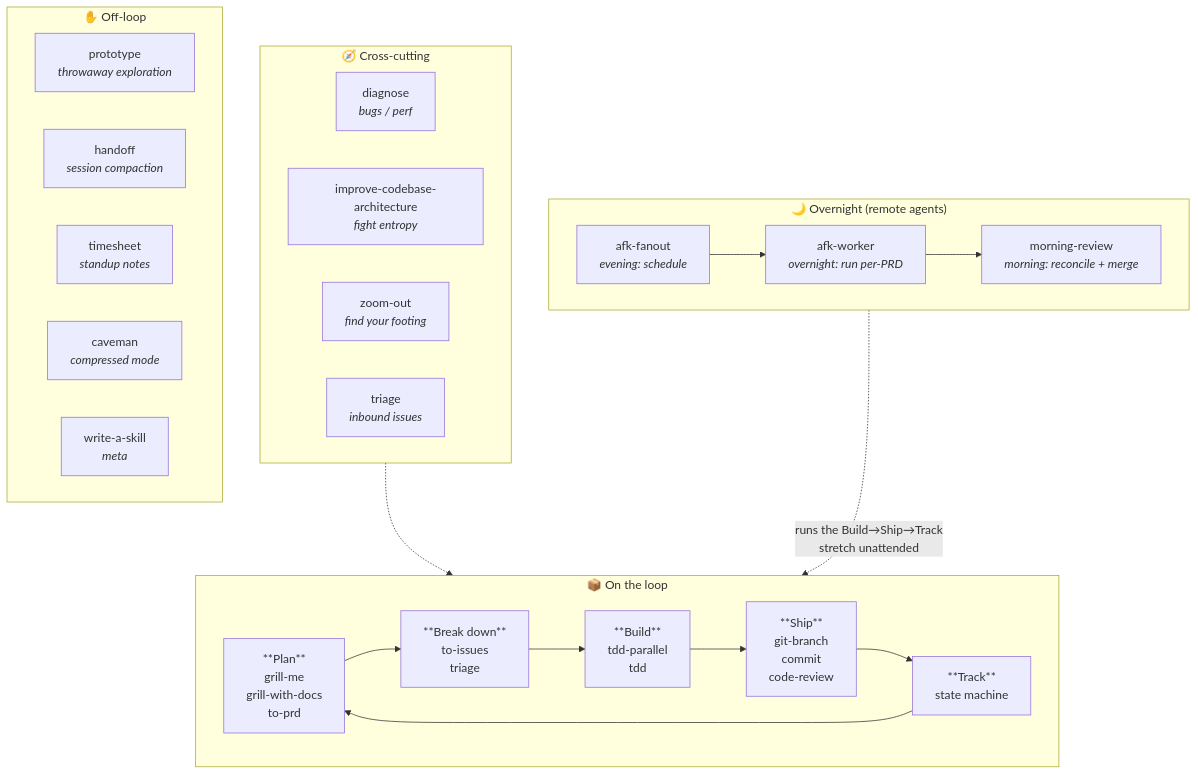
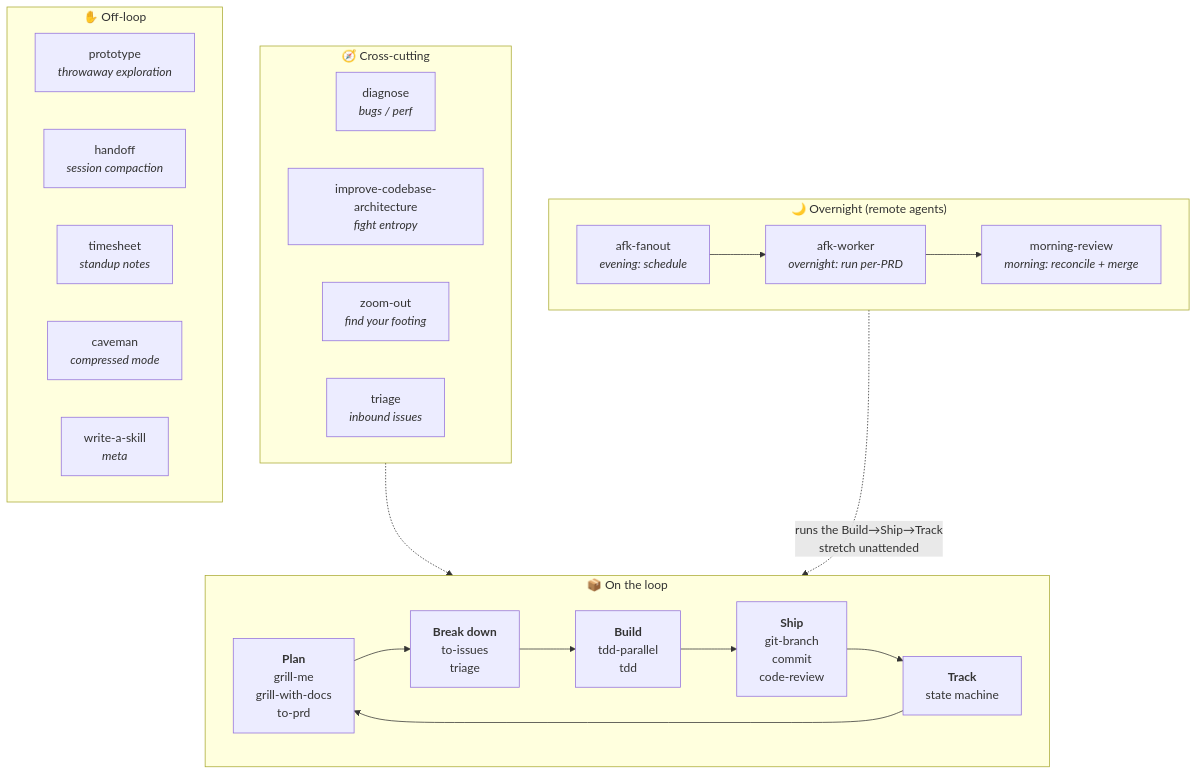
One commit to ZunoSmartLabs/zsl-superpowers changed the second of 9 diagrams in docs/workflow.md. Above: the diagram before and after it, drawn with Mermaid. The commit also changed other lines of this file and 7 other files, not shown here.

First line of the commit message:
docs: fix dark-mode mermaid diagrams (legibility + bold labels + layout)

````diff
--- a/docs/workflow.md
+++ b/docs/workflow.md
@@ -44,33 +44,33 @@
 ```mermaid
 flowchart TB
     subgraph loop["📦 On the loop"]
         direction LR
-        a["**Plan**<br/>grill-me<br/>grill-with-docs<br/>to-prd"] --> b["**Break down**<br/>to-issues<br/>triage"]
-        b --> c["**Build**<br/>tdd-parallel<br/>tdd"]
-        c --> d["**Ship**<br/>git-branch<br/>commit<br/>code-review"]
-        d --> e["**Track**<br/>state machine"]
+        a["`**Plan**<br/>grill-me<br/>grill-with-docs<br/>to-prd`"] --> b["`**Break down**<br/>to-issues<br/>triage`"]
+        b --> c["`**Build**<br/>tdd-parallel<br/>tdd`"]
+        c --> d["`**Ship**<br/>git-branch<br/>commit<br/>code-review`"]
+        d --> e["`**Track**<br/>state machine`"]
         e --> a
     end
     subgraph cross["🧭 Cross-cutting"]
         direction LR
         x1["diagnose<br/><i>bugs / perf</i>"]
         x2["improve-codebase-architecture<br/><i>fight entropy</i>"]
         x3["zoom-out<br/><i>find your footing</i>"]
         x4["triage<br/><i>inbound issues</i>"]
     end
     subgraph overnight["🌙 Overnight (remote agents)"]
         direction LR
         n1["afk-fanout<br/><i>evening: schedule</i>"] --> n2["afk-worker<br/><i>overnight: run per-PRD</i>"]
         n2 --> n3["morning-review<br/><i>morning: reconcile + merge</i>"]
     end
     subgraph offloop["✋ Off-loop"]
         direction LR
         o1["prototype<br/><i>throwaway exploration</i>"]
         o2["handoff<br/><i>session compaction</i>"]
         o3["timesheet<br/><i>standup notes</i>"]
         o4["caveman<br/><i>compressed mode</i>"]
         o5["write-a-skill<br/><i>meta</i>"]
     end
     cross -.-> loop
     overnight -.->|"runs the Build→Ship→Track<br/>stretch unattended"| loop
 ```
````
